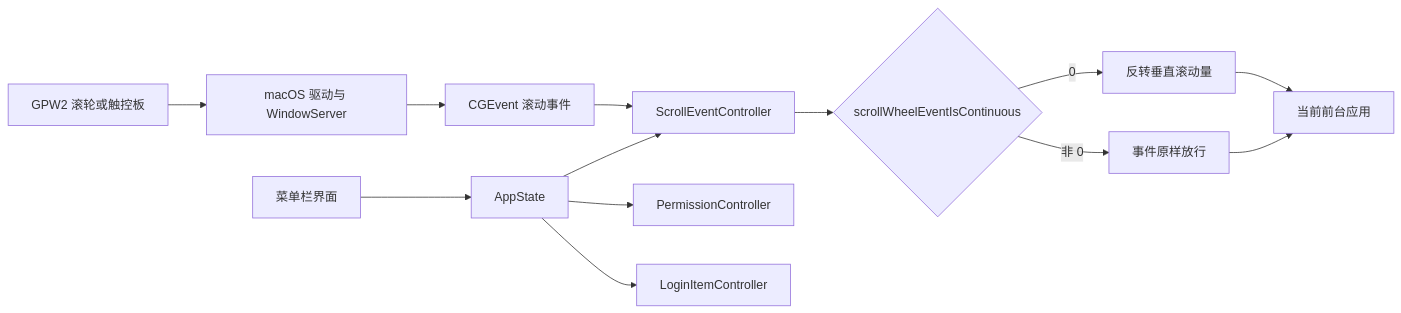
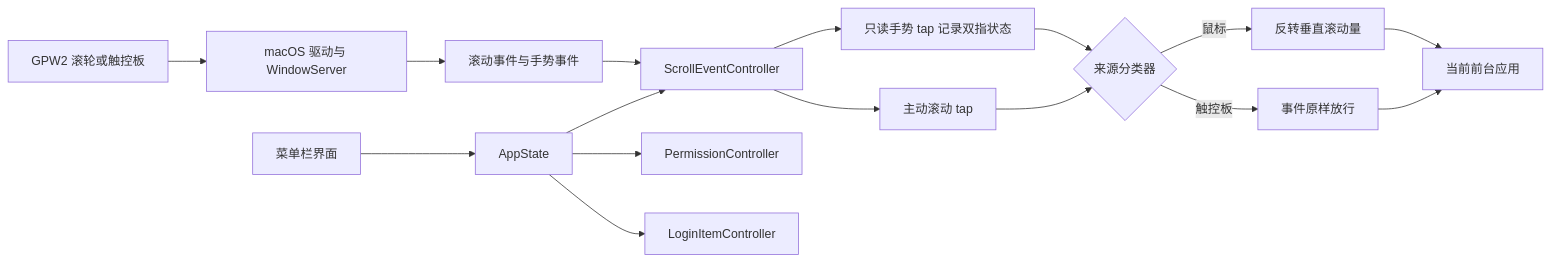
The diagram in docs/todo/2026-07-16-14-50-鼠标滚动方向应用-方案.md (weiyu1218/ScrollDirection), drawn with Mermaid before and after one commit. The commit also changed other lines of this file and 1 other file, not shown here.

````diff
--- a/docs/todo/2026-07-16-14-50-鼠标滚动方向应用-方案.md
+++ b/docs/todo/2026-07-16-14-50-鼠标滚动方向应用-方案.md
@@ -79,15 +82,18 @@
 ```mermaid
 flowchart LR
     A["GPW2 滚轮或触控板"] --> B["macOS 驱动与 WindowServer"]
-    B --> C["CGEvent 滚动事件"]
+    B --> C["滚动事件与手势事件"]
     C --> D["ScrollEventController"]
-    D --> E{"scrollWheelEventIsContinuous"}
-    E -->|"0"| F["反转垂直滚动量"]
-    E -->|"非 0"| G["事件原样放行"]
-    F --> H["当前前台应用"]
-    G --> H
-    I["菜单栏界面"] --> J["AppState"]
-    J --> K["PermissionController"]
-    J --> D
-    J --> L["LoginItemController"]
+    D --> E["只读手势 tap 记录双指状态"]
+    D --> F["主动滚动 tap"]
+    E --> G{"来源分类器"}
+    F --> G
+    G -->|"鼠标"| H["反转垂直滚动量"]
+    G -->|"触控板"| I["事件原样放行"]
+    H --> J["当前前台应用"]
+    I --> J
+    K["菜单栏界面"] --> L["AppState"]
+    L --> M["PermissionController"]
+    L --> D
+    L --> N["LoginItemController"]
 ```
````
